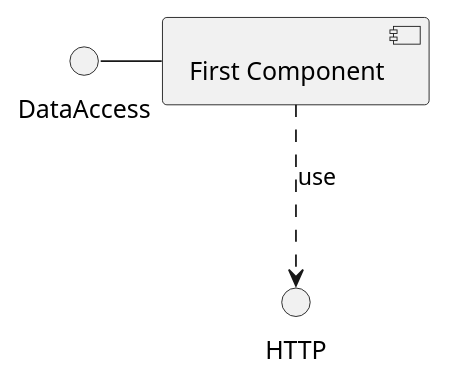
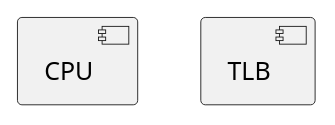
One commit to ashwinreddy/wiki changed the diagram in Computer-Science/Page table.md. Above: the diagram before and after it, drawn with PlantUML.

Commit message:
Updated Page table.md (markdown)

```diff
--- a/Computer-Science/Page table.md
+++ b/Computer-Science/Page table.md
@@ -6,4 +6,4 @@
 @startuml
-DataAccess - [First Component]
-[First Component] ..> HTTP : use
+[CPU]
+[TLB]
 @enduml
```
